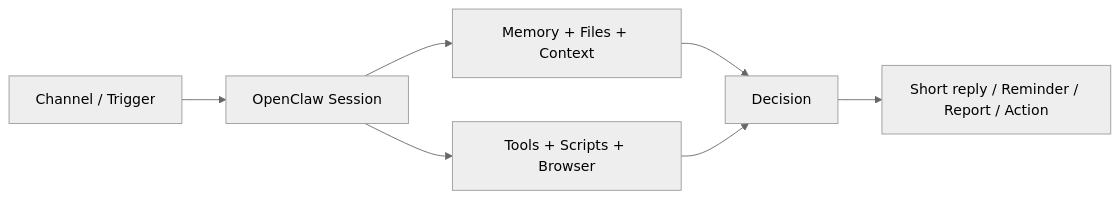
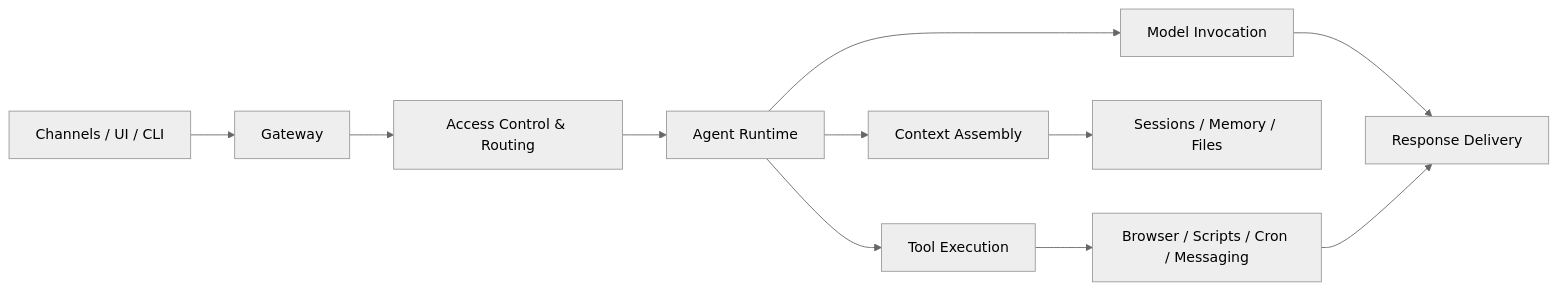
One commit to Clausinho/slidev-openclaw-talk changed the diagram in slides.md. Above: the diagram before and after it, drawn with Mermaid (neutral theme). The commit also changed other lines of this file and 2 other files, not shown here.

Commit message:
feat: add narrative and OpenClaw TUI meta story

````diff
--- a/slides.md
+++ b/slides.md
@@ -217,9 +102,13 @@
 ```mermaid
 flowchart LR
-    A[Channel / Trigger] --> B[OpenClaw Session]
-    B --> C[Memory + Files + Context]
-    B --> D[Tools + Scripts + Browser]
-    C --> E[Decision]
-    D --> E
-    E --> F[Short reply / Reminder / Report / Action]
+    A[Channels / UI / CLI] --> B[Gateway]
+    B --> C[Access Control & Routing]
+    C --> D[Agent Runtime]
+    D --> E[Context Assembly]
+    D --> F[Model Invocation]
+    D --> G[Tool Execution]
+    E --> H[Sessions / Memory / Files]
+    G --> I[Browser / Scripts / Cron / Messaging]
+    F --> J[Response Delivery]
+    I --> J
 ```
````
